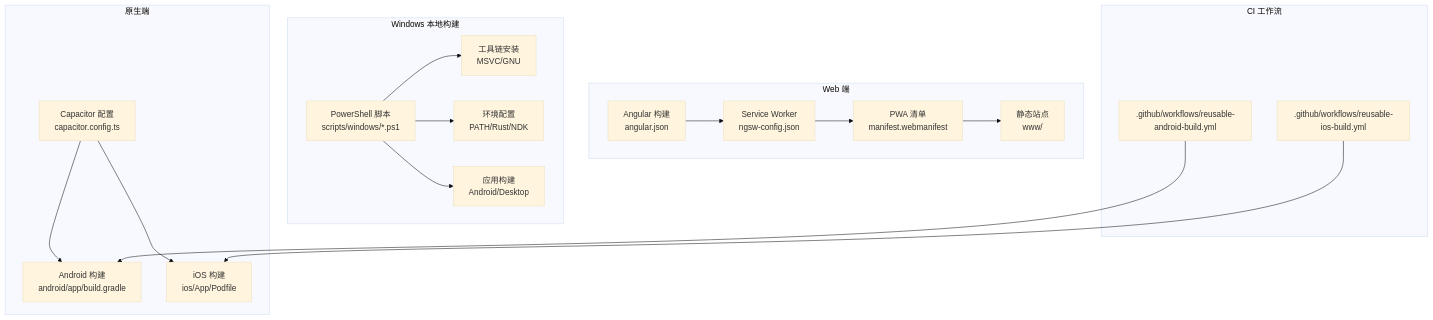
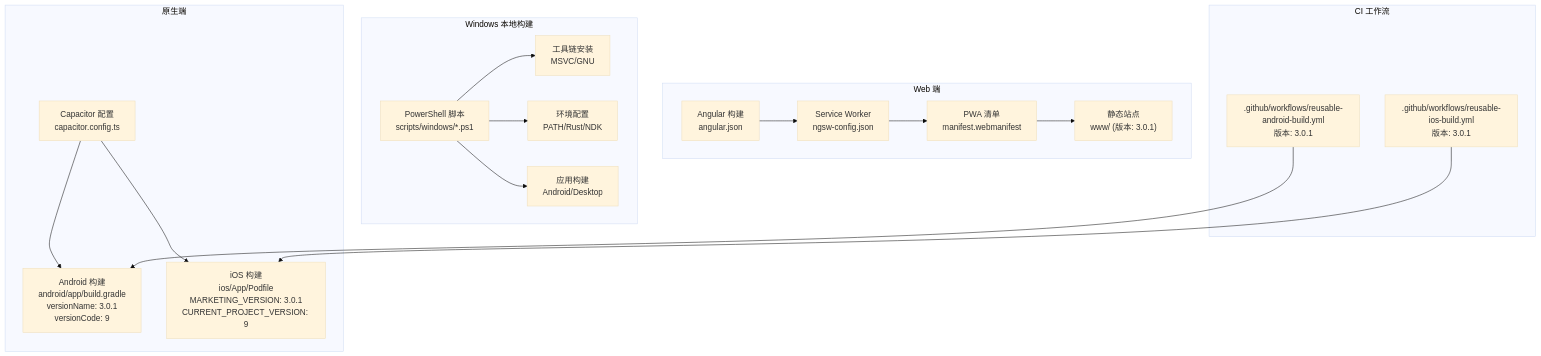
Before and after one commit to tea4go/Macro-Deck-Client-App: the second of 9 diagrams in .qoder/repowiki/zh/content/构建与部署/平台部署/平台部署.md, drawn with Mermaid (base theme). The commit also changed other lines of this file and 15 other files, not shown here.

````diff
--- a/.qoder/repowiki/zh/content/构建与部署/平台部署/平台部署.md
+++ b/.qoder/repowiki/zh/content/构建与部署/平台部署/平台部署.md
@@ -105,21 +119,21 @@
 ```mermaid
 graph TB
 subgraph "Web 端"
 W1["Angular 构建<br/>angular.json"] --> W2["Service Worker<br/>ngsw-config.json"]
 W2 --> W3["PWA 清单<br/>manifest.webmanifest"]
-W3 --> W4["静态站点<br/>www/"]
+W3 --> W4["静态站点<br/>www/ (版本: 3.0.1)"]
 end
 subgraph "原生端"
-N1["Capacitor 配置<br/>capacitor.config.ts"] --> N2["Android 构建<br/>android/app/build.gradle"]
-N1 --> N3["iOS 构建<br/>ios/App/Podfile"]
+N1["Capacitor 配置<br/>capacitor.config.ts"] --> N2["Android 构建<br/>android/app/build.gradle<br/>versionName: 3.0.1<br/>versionCode: 9"]
+N1 --> N3["iOS 构建<br/>ios/App/Podfile<br/>MARKETING_VERSION: 3.0.1<br/>CURRENT_PROJECT_VERSION: 9"]
 end
 subgraph "Windows 本地构建"
 WIN1["PowerShell 脚本<br/>scripts/windows/*.ps1"] --> WIN2["工具链安装<br/>MSVC/GNU"]
 WIN1 --> WIN3["环境配置<br/>PATH/Rust/NDK"]
 WIN1 --> WIN4["应用构建<br/>Android/Desktop"]
 end
 subgraph "CI 工作流"
-C1[".github/workflows/reusable-android-build.yml"] --> N2
-C2[".github/workflows/reusable-ios-build.yml"] --> N3
+C1[".github/workflows/reusable-android-build.yml<br/>版本: 3.0.1"] --> N2
+C2[".github/workflows/reusable-ios-build.yml<br/>版本: 3.0.1"] --> N3
 end
 ```
````
